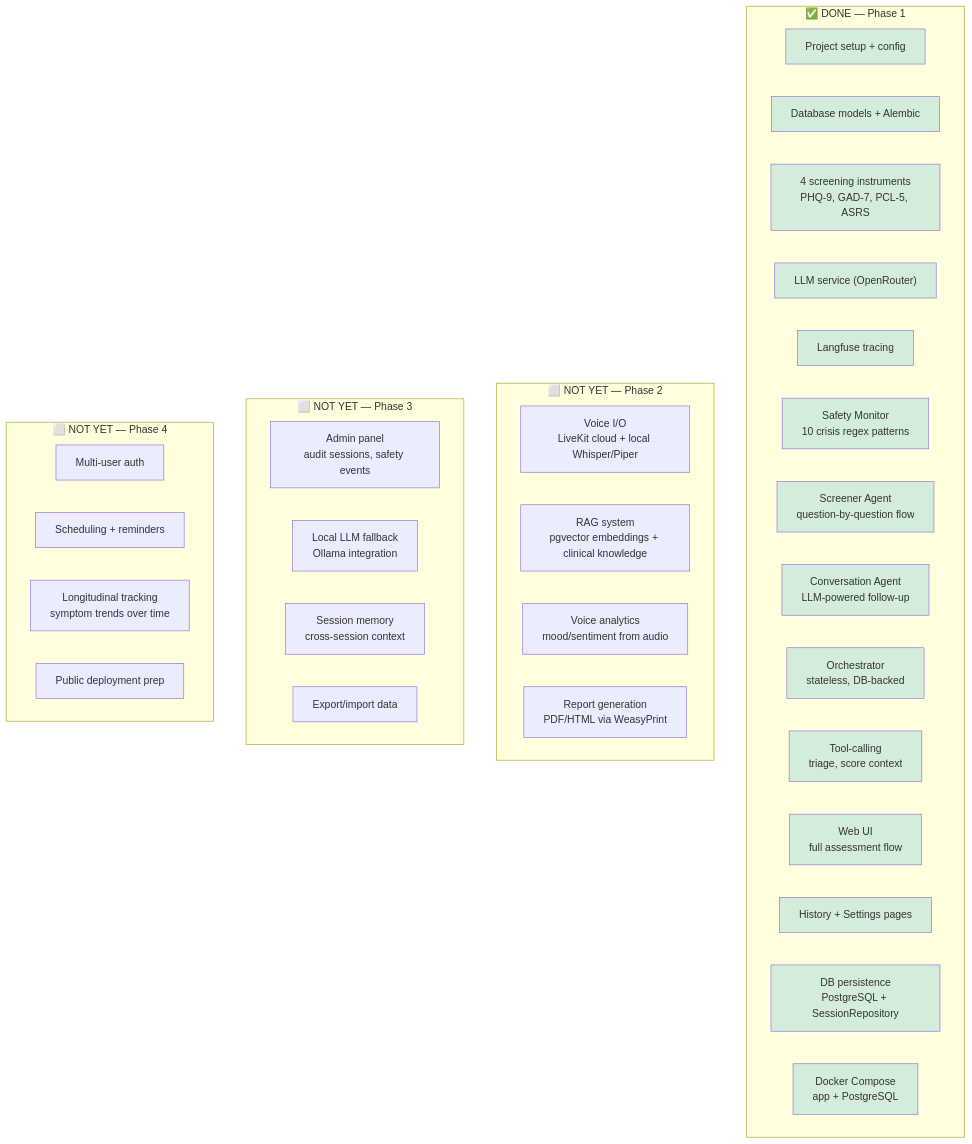
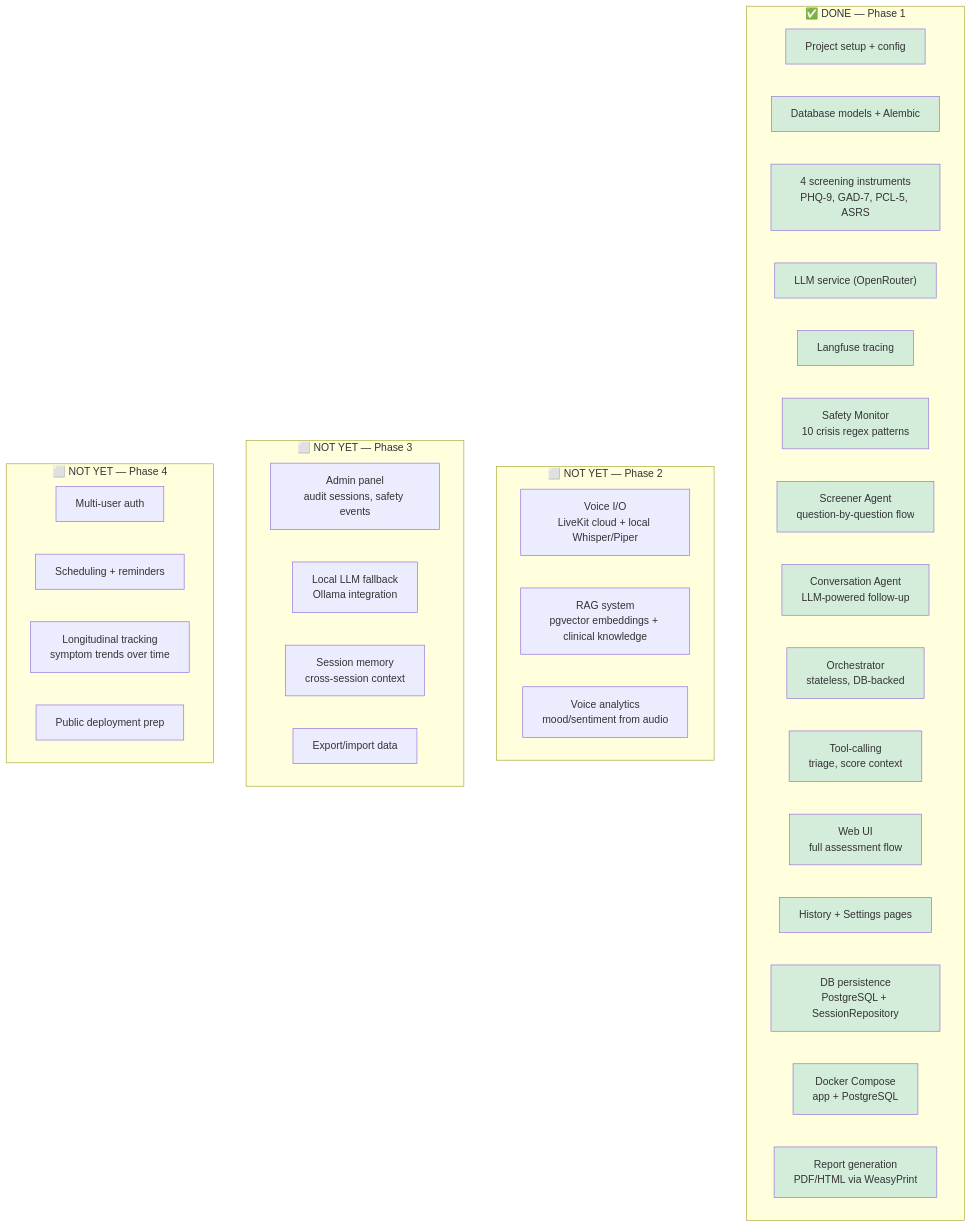
One commit to bodharma/talker changed the sixth of 11 diagrams in docs/architecture.md. Above: the diagram before and after it, drawn with Mermaid. The commit also changed other lines of this file and 7 other files, not shown here.

First line of the commit message:
feat: report generation with PDF/HTML export via WeasyPrint

````diff
--- a/docs/architecture.md
+++ b/docs/architecture.md
@@ -230,55 +230,56 @@
 ```mermaid
 graph TB
     subgraph "✅ DONE — Phase 1"
         P1_1["Project setup + config"]
         P1_2["Database models + Alembic"]
         P1_3["4 screening instruments<br/>PHQ-9, GAD-7, PCL-5, ASRS"]
         P1_4["LLM service (OpenRouter)"]
         P1_5["Langfuse tracing"]
         P1_6["Safety Monitor<br/>10 crisis regex patterns"]
         P1_7["Screener Agent<br/>question-by-question flow"]
         P1_8["Conversation Agent<br/>LLM-powered follow-up"]
         P1_9["Orchestrator<br/>stateless, DB-backed"]
         P1_10["Tool-calling<br/>triage, score context"]
         P1_11["Web UI<br/>full assessment flow"]
         P1_12["History + Settings pages"]
         P1_13["DB persistence<br/>PostgreSQL + SessionRepository"]
         P1_14["Docker Compose<br/>app + PostgreSQL"]
+        P1_15["Report generation<br/>PDF/HTML via WeasyPrint"]
     end
 
     subgraph "⬜ NOT YET — Phase 2"
         P2_1["Voice I/O<br/>LiveKit cloud + local Whisper/Piper"]
         P2_2["RAG system<br/>pgvector embeddings + clinical knowledge"]
         P2_3["Voice analytics<br/>mood/sentiment from audio"]
-        P2_5["Report generation<br/>PDF/HTML via WeasyPrint"]
     end
 
     subgraph "⬜ NOT YET — Phase 3"
         P3_1["Admin panel<br/>audit sessions, safety events"]
         P3_2["Local LLM fallback<br/>Ollama integration"]
         P3_3["Session memory<br/>cross-session context"]
         P3_4["Export/import data"]
     end
 
     subgraph "⬜ NOT YET — Phase 4"
         P4_1["Multi-user auth"]
         P4_2["Scheduling + reminders"]
         P4_3["Longitudinal tracking<br/>symptom trends over time"]
         P4_4["Public deployment prep"]
     end
 
     style P1_1 fill:#d4edda
     style P1_2 fill:#d4edda
     style P1_3 fill:#d4edda
     style P1_4 fill:#d4edda
     style P1_5 fill:#d4edda
     style P1_6 fill:#d4edda
     style P1_7 fill:#d4edda
     style P1_8 fill:#d4edda
     style P1_9 fill:#d4edda
     style P1_10 fill:#d4edda
     style P1_11 fill:#d4edda
     style P1_12 fill:#d4edda
     style P1_13 fill:#d4edda
     style P1_14 fill:#d4edda
+    style P1_15 fill:#d4edda
 ```
````
